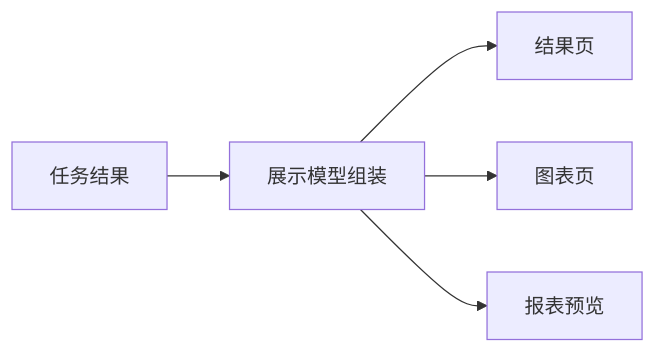
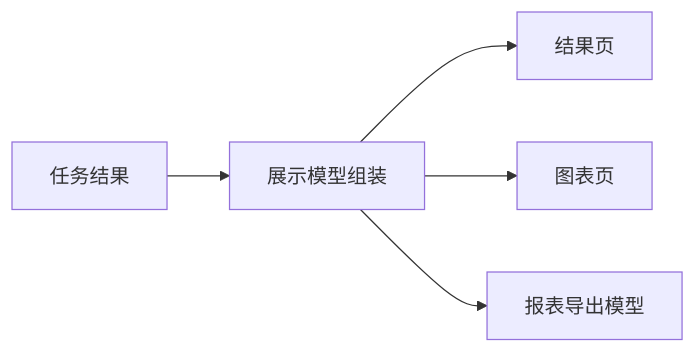
Diagram 13 of 18 in steps/day1-day15-summary.md (juemimgcd/sentiFlow), drawn with Mermaid before and after one commit. The commit also changed other lines of this file and 2 other files, not shown here.

````diff
--- a/steps/day1-day15-summary.md
+++ b/steps/day1-day15-summary.md
@@ -378,7 +405,7 @@
 ```mermaid
 flowchart LR
     A[任务结果] --> B[展示模型组装]
     B --> C[结果页]
     B --> D[图表页]
-    B --> E[报表预览]
+    B --> E[报表导出模型]
 ```
````
